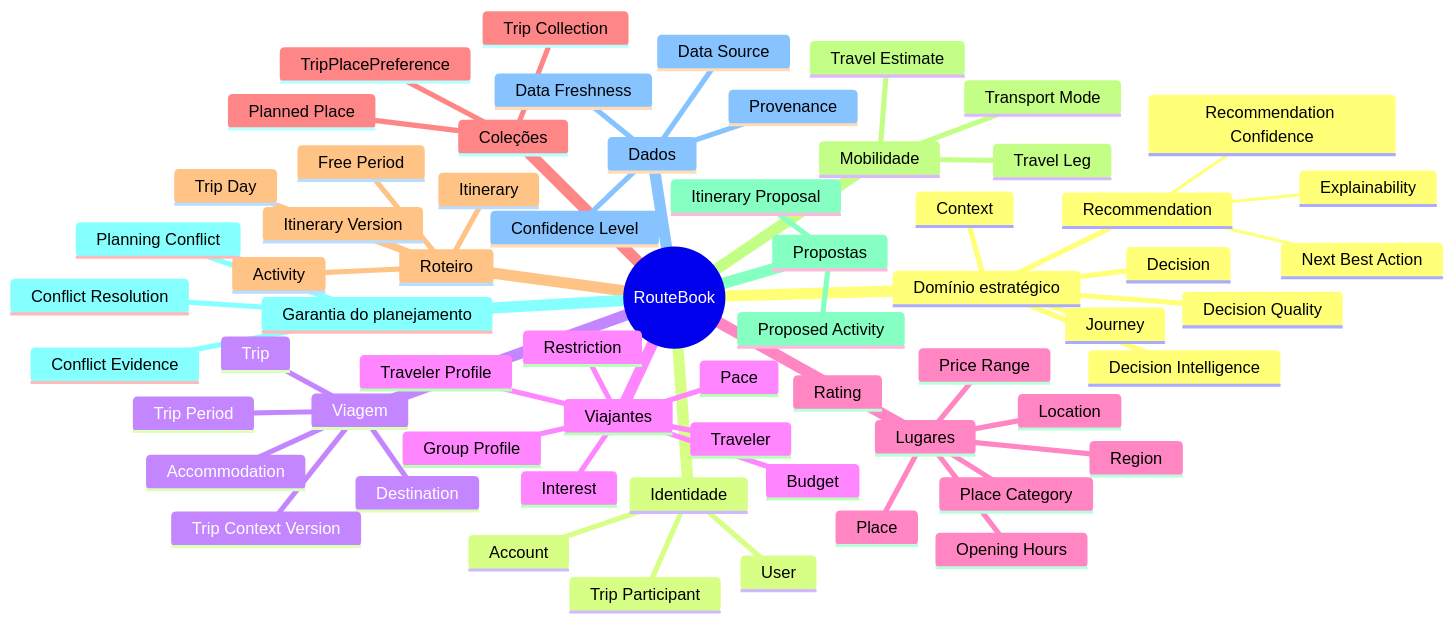
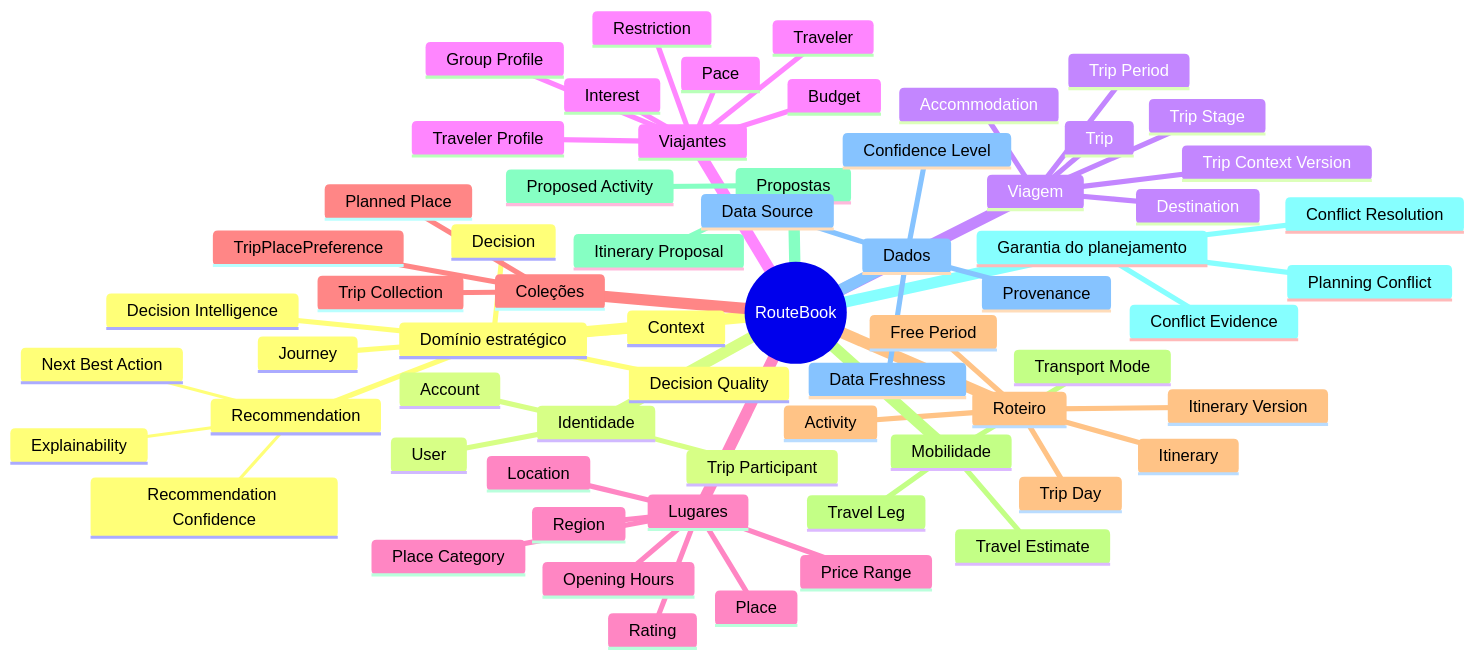
The third of 10 diagrams in docs/domain/ubiquitous-language.md (collapsy/Routebook), drawn with Mermaid before and after one commit. The commit also changed other lines of this file and 48 other files, not shown here.

````diff
--- a/docs/domain/ubiquitous-language.md
+++ b/docs/domain/ubiquitous-language.md
@@ -332,66 +332,67 @@
 ```mermaid
 mindmap
   root((RouteBook))
     Domínio estratégico
       Journey
       Context
       Decision
       Recommendation
         Next Best Action
         Recommendation Confidence
         Explainability
       Decision Intelligence
       Decision Quality
     Identidade
       Account
       User
       Trip Participant
     Viagem
       Trip
       Destination
+      Trip Stage
       Trip Period
       Accommodation
       Trip Context Version
     Viajantes
       Traveler Profile
       Traveler
       Group Profile
       Interest
       Restriction
       Budget
       Pace
     Lugares
       Place
       Place Category
       Opening Hours
       Price Range
       Rating
       Location
       Region
     Coleções
       Trip Collection
       TripPlacePreference
       Planned Place
     Roteiro
       Itinerary
       Trip Day
       Activity
       Free Period
       Itinerary Version
     Mobilidade
       Travel Leg
       Transport Mode
       Travel Estimate
     Propostas
       Itinerary Proposal
       Proposed Activity
     Garantia do planejamento
       Planning Conflict
       Conflict Evidence
       Conflict Resolution
     Dados
       Data Source
       Provenance
       Confidence Level
       Data Freshness
 ```
````
